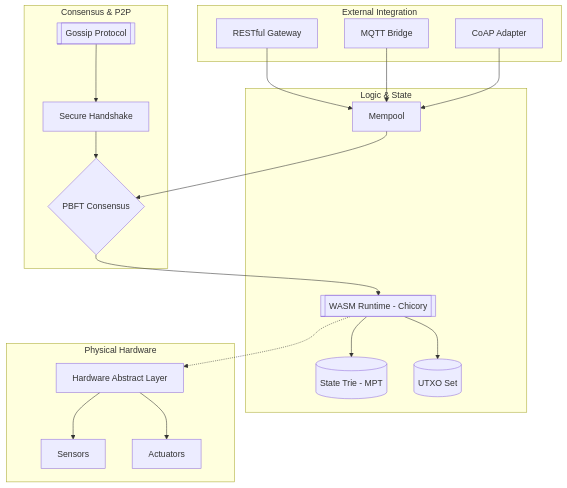
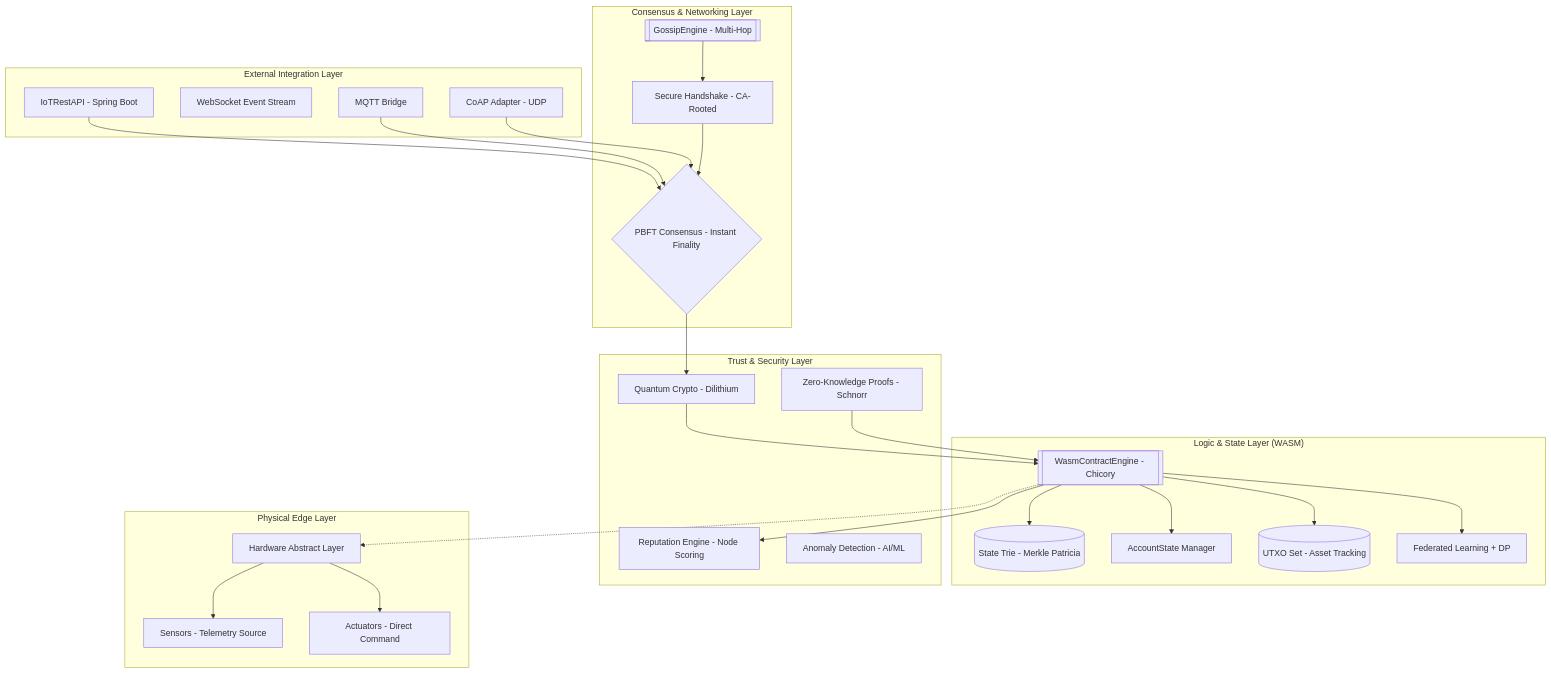
Before and after one commit to marcamgad/Blockchain: the first of 3 diagrams in README.md, drawn with Mermaid. The commit also changed other lines of this file and 31 other files, not shown here.

````diff
--- a/README.md
+++ b/README.md
@@ -23,37 +27,47 @@
 ```mermaid
 graph TD
-    subgraph "External Integration"
-        API[RESTful Gateway]
+    subgraph "External Integration Layer"
+        API[IoTRestAPI - Spring Boot]
+        WS[WebSocket Event Stream]
         MQTT[MQTT Bridge]
-        CoAP[CoAP Adapter]
+        CoAP[CoAP Adapter - UDP]
     end
 
-    subgraph "Logic & State"
-        WASM[[WASM Runtime - Chicory]]
-        MPT[(State Trie - MPT)]
-        UTXO[(UTXO Set)]
-        MEM[Mempool]
+    subgraph "Logic & State Layer (WASM)"
+        VM[[WasmContractEngine - Chicory]]
+        MPT[(State Trie - Merkle Patricia)]
+        ACC[AccountState Manager]
+        UTXO[(UTXO Set - Asset Tracking)]
+        FED[Federated Learning + DP]
     end
 
-    subgraph "Consensus & P2P"
-        PBFT{PBFT Consensus}
-        GOSSIP[[Gossip Protocol]]
-        mTLS[Secure Handshake]
+    subgraph "Trust & Security Layer"
+        QS[Quantum Crypto - Dilithium]
+        ZKP[Zero-Knowledge Proofs - Schnorr]
+        REP[Reputation Engine - Node Scoring]
+        ADT[Anomaly Detection - AI/ML]
     end
 
-    subgraph "Physical Hardware"
-        HAL[Hardware Abstract Layer]
-        SENS[Sensors]
-        ACT[Actuators]
+    subgraph "Consensus & Networking Layer"
+        PBFT{PBFT Consensus - Instant Finality}
+        GOSSIP[[GossipEngine - Multi-Hop]]
+        mTLS[Secure Handshake - CA-Rooted]
     end
 
-    %% Connections
-    API & MQTT & CoAP --> MEM
-    MEM --> PBFT
-    PBFT --> WASM
-    WASM --> MPT & UTXO
-    WASM -.-> HAL
+    subgraph "Physical Edge Layer"
+        HAL[Hardware Abstract Layer]
+        SENS[Sensors - Telemetry Source]
+        ACT[Actuators - Direct Command]
+    end
+
+    %% Flow
+    API & MQTT & CoAP --> PBFT
+    PBFT --> QS
+    QS --> VM
+    VM --> MPT & ACC & UTXO & REP & FED
+    VM -.-> HAL
     HAL --> SENS & ACT
     GOSSIP --> mTLS
     mTLS --> PBFT
+    ZKP --> VM
 ```
````
